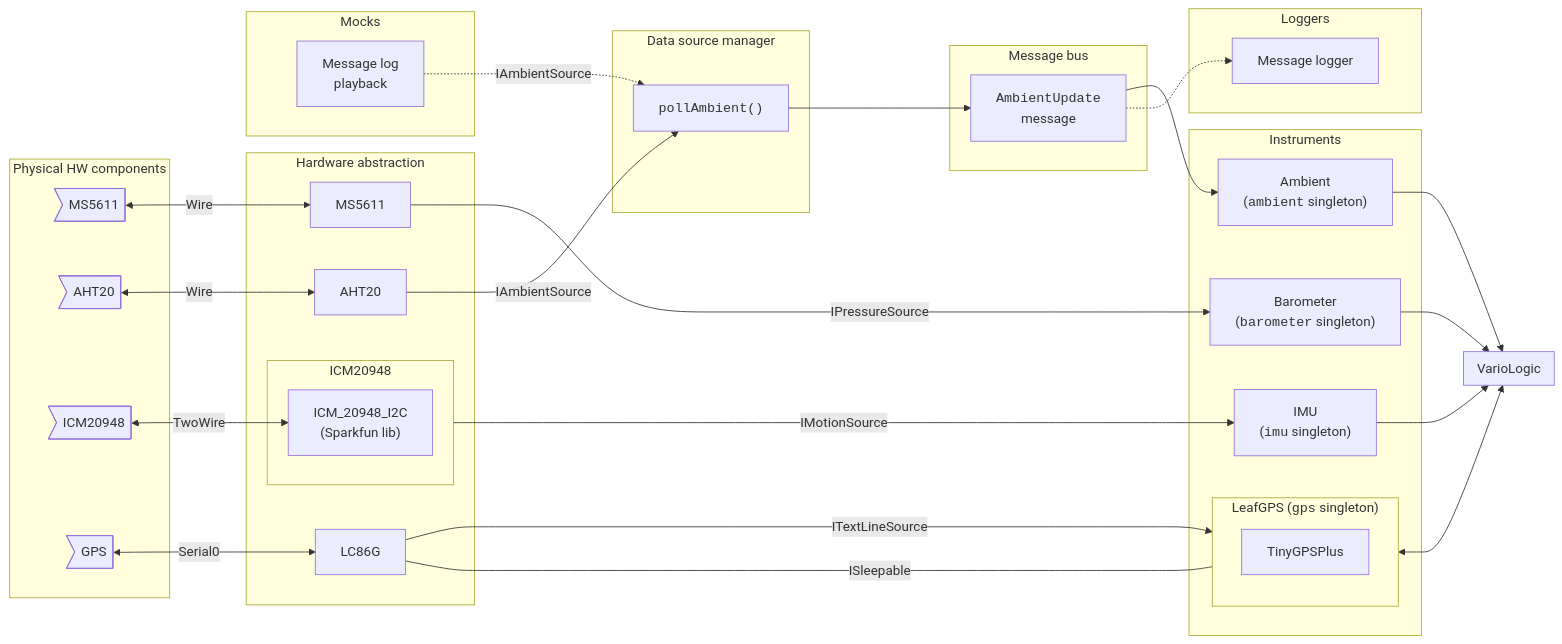
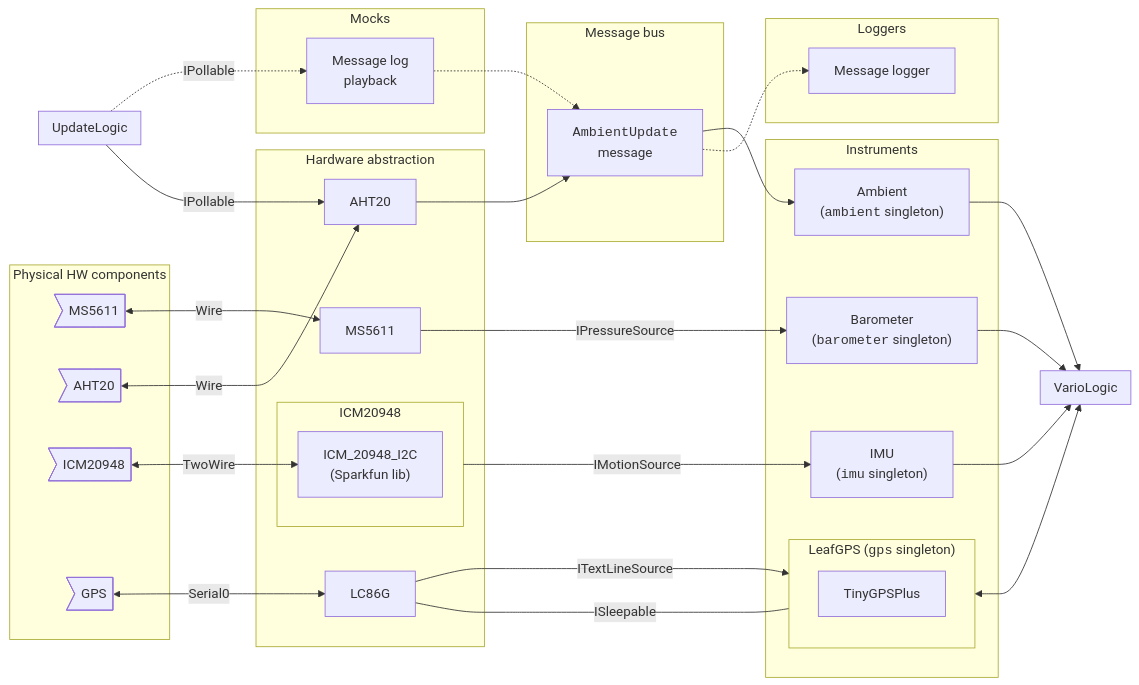
One commit to DangerMonkeys/leaf changed the diagram in src/vario/README.md. Above: the diagram before and after it, drawn with Mermaid. The commit also changed 12 other files, not shown here.

Commit message:
Remove IAmbientSource and write to message bus directly

````diff
--- a/src/vario/README.md
+++ b/src/vario/README.md
@@ -47,63 +47,65 @@
 ```mermaid
 flowchart LR
     subgraph Physical HW components
         MS5611dev>MS5611]
         AHT20dev>AHT20]
         ICM20948dev>ICM20948]
         GPSdev>GPS]
     end
 
     subgraph Hardware abstraction
         AHT20hw["AHT20"]
         MS5611["MS5611"]
         subgraph ICM20948
             ICM_20948_I2C
         end
         LC86G
     end
 
     subgraph Mocks
         MessagePlayback["Message log<br>playback"]
     end
 
     subgraph Instruments
         Ambient["Ambient<br>(<code>ambient</code> singleton)"]
         Barometer["Barometer<br>(<code>barometer</code> singleton)"]
         IMU["IMU<br>(<code>imu</code> singleton)"]
         subgraph LeafGPS["LeafGPS (<code>gps</code> singleton)"]
             TinyGPSPlus
         end
     end
 
     subgraph Loggers
         MessageLogger["Message logger"]
     end
 
-    subgraph Data source manager
-        PollAmbient["<code>pollAmbient()</code>"]
+    subgraph Message bus
+        AmbientUpdateMessage["<code>AmbientUpdate</code><br>message"]
     end
 
-    subgraph Message bus
-        AmbientUpdateMessage["<code>AmbientUpdate</code><br>message"]
+    subgraph UpdateLogic
     end
 
     subgraph VarioLogic
     end
 
+    UpdateLogic -.->|IPollable| MessagePlayback
+    UpdateLogic -->|IPollable| AHT20hw
+
     MS5611dev <-->|Wire| MS5611 -->|IPressureSource| Barometer
-    AHT20dev <-->|Wire| AHT20hw -->|IAmbientSource| PollAmbient --> AmbientUpdateMessage --> Ambient
+    AHT20dev <-->|Wire| AHT20hw --> AmbientUpdateMessage --> Ambient
     GPSdev <-->|Serial0| LC86G -->|ITextLineSource| LeafGPS
     LC86G ---|ISleepable| LeafGPS
 
-    MessagePlayback -.->|IAmbientSource| PollAmbient
+    MessagePlayback -.-> AmbientUpdateMessage
 
     ICM20948dev <-->|TwoWire| ICM_20948_I2C["ICM_20948_I2C<br>(Sparkfun lib)"]
     ICM20948 -->|IMotionSource| IMU
 
     AmbientUpdateMessage -.-> MessageLogger
 
     Barometer --> VarioLogic
     IMU --> VarioLogic
     Ambient --> VarioLogic
     LeafGPS <--> VarioLogic
 ```
````
